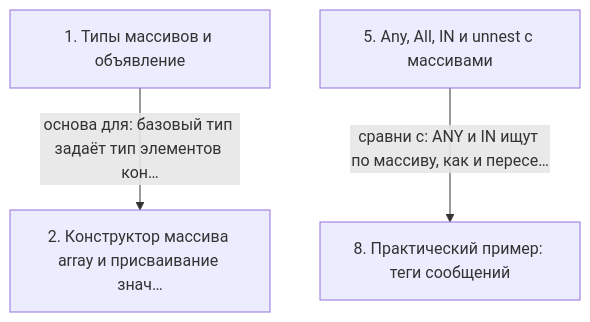
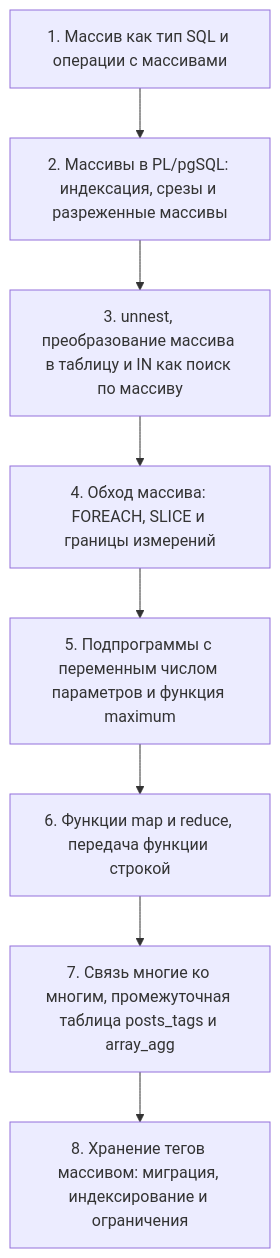
One commit to AsoloCode/notes changed the diagram in postgres-dev1/16 - DEV1-16. 15. Массивы/notes.md. Above: the diagram before and after it, drawn with Mermaid. The commit also changed other lines of this file and 503 other files, not shown here.

First line of the commit message:
Обновить конспекты PostgreSQL (QPT-16, DEV1-16): слайды, схемы, факт-чек

````diff
--- a/postgres-dev1/16 - DEV1-16. 15. Массивы/notes.md
+++ b/postgres-dev1/16 - DEV1-16. 15. Массивы/notes.md
@@ -107,9 +455,18 @@
 ```mermaid
 flowchart TD
-    n1["1. Типы массивов и объявление"]
-    n2["2. Конструктор массива array и присваивание знач…"]
-    n5["5. Any, All, IN и unnest с массивами"]
-    n8["8. Практический пример: теги сообщений"]
-    n1 -->|основа для: базовый тип задаёт тип элементов кон…| n2
-    n5 -->|сравни с: ANY и IN ищут по массиву, как и пересе…| n8
+    n1["1. Массив как тип SQL и операции с массивами"]
+    n2["2. Массивы в PL/pgSQL: индексация, срезы и разреженные массивы"]
+    n3["3. unnest, преобразование массива в таблицу и IN как поиск по массиву"]
+    n4["4. Обход массива: FOREACH, SLICE и границы измерений"]
+    n5["5. Подпрограммы с переменным числом параметров и функция maximum"]
+    n6["6. Функции map и reduce, передача функции строкой"]
+    n7["7. Связь многие ко многим, промежуточная таблица posts_tags и array_agg"]
+    n8["8. Хранение тегов массивом: миграция, индексирование и ограничения"]
+    n1 --> n2
+    n2 --> n3
+    n3 --> n4
+    n4 --> n5
+    n5 --> n6
+    n6 --> n7
+    n7 --> n8
 ```
````
